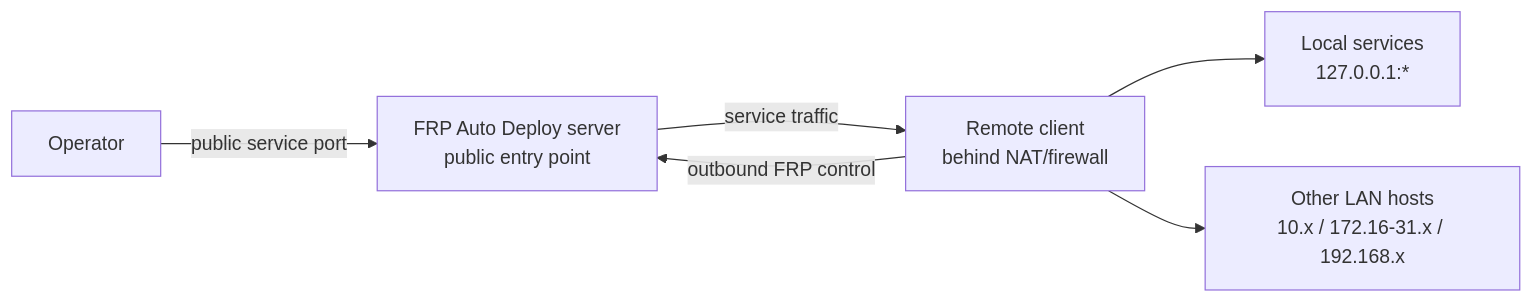
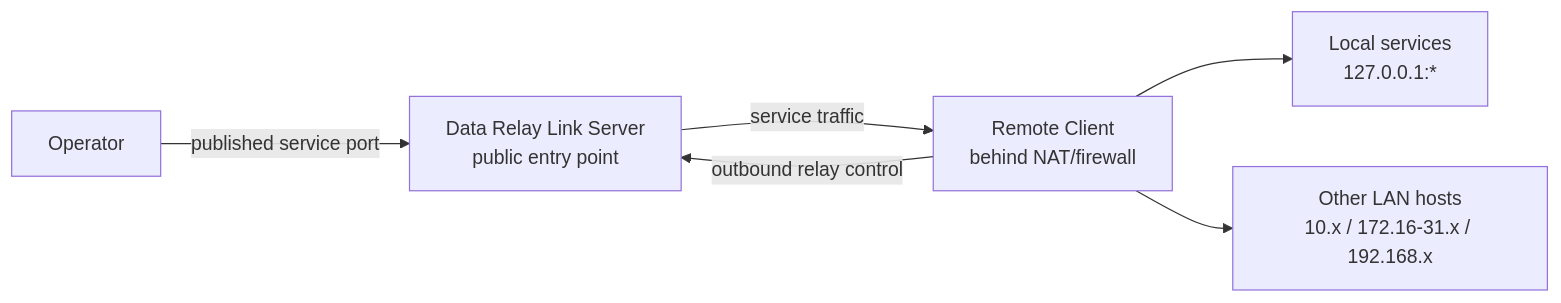
One commit to datarelay-labs/data-relay-link-docs changed the third of 5 diagrams in getting-started/overview.mdx. Above: the diagram before and after it, drawn with Mermaid. The commit also changed other lines of this file and 36 other files, not shown here.

````diff
--- a/getting-started/overview.mdx
+++ b/getting-started/overview.mdx
@@ -32,14 +47,14 @@
 ```mermaid
 flowchart LR
     O[Operator]
-    S[FRP Auto Deploy server\npublic entry point]
-    C[Remote client\nbehind NAT/firewall]
+    S[Data Relay Link Server\npublic entry point]
+    C[Remote Client\nbehind NAT/firewall]
     LOCAL[Local services\n127.0.0.1:*]
     LAN[Other LAN hosts\n10.x / 172.16-31.x / 192.168.x]
 
-    C -->|outbound FRP control| S
-    O -->|public service port| S
+    C -->|outbound relay control| S
+    O -->|published service port| S
     S -->|service traffic| C
     C --> LOCAL
     C --> LAN
 ```
````
